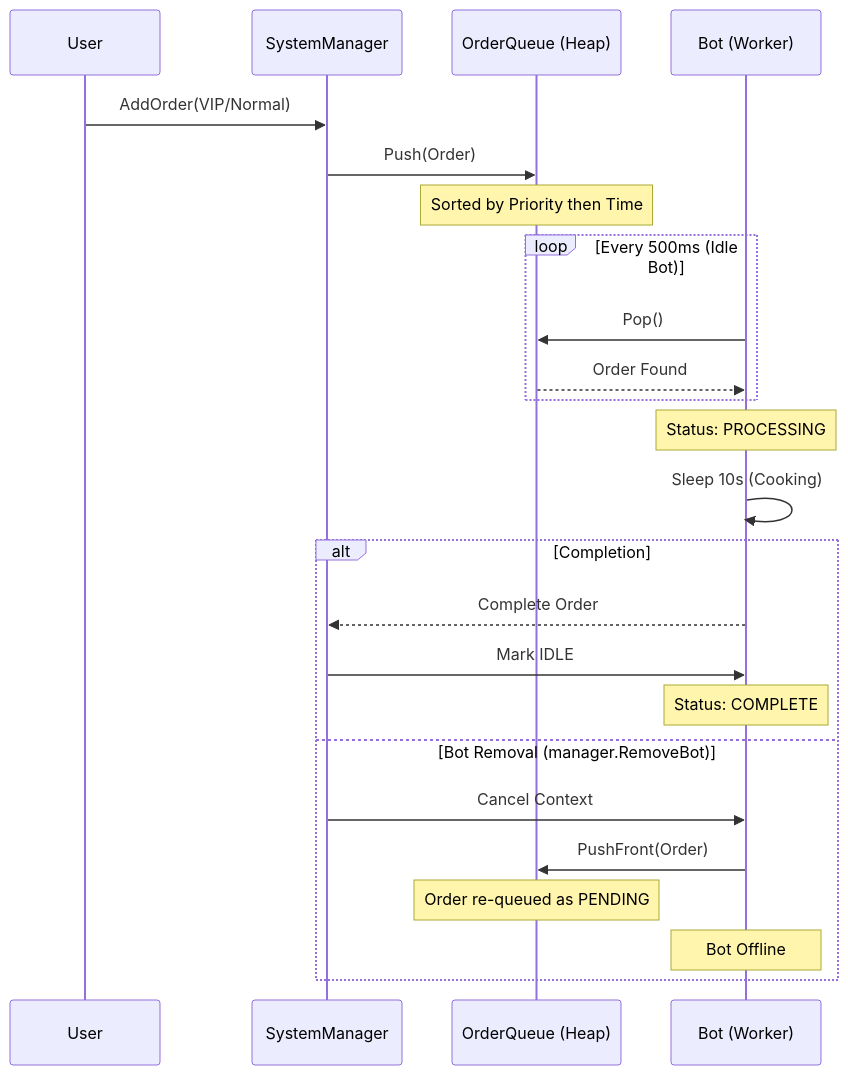
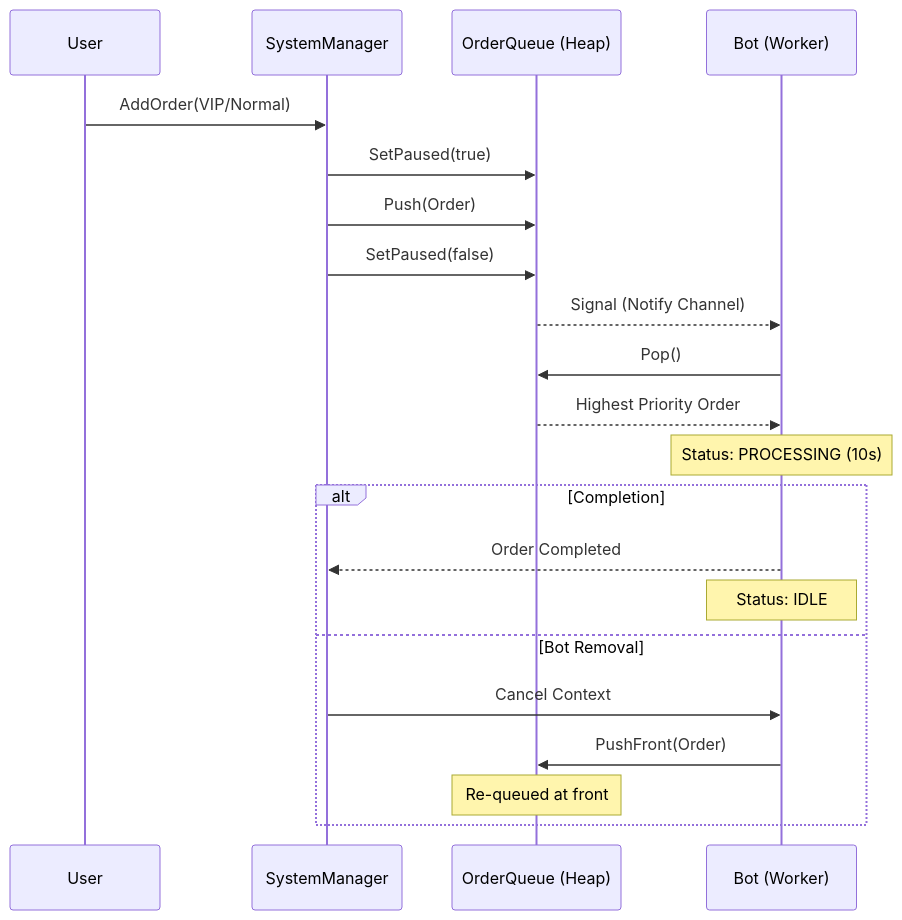
One commit to PohLee/se-take-home-assignment changed the diagram in documentation.md. Above: the diagram before and after it, drawn with Mermaid. The commit also changed other lines of this file, not shown here.

````diff
--- a/documentation.md
+++ b/documentation.md
@@ -44,30 +56,27 @@
 ```mermaid
 sequenceDiagram
     participant User
     participant SM as SystemManager
     participant Q as OrderQueue (Heap)
     participant B as Bot (Worker)
 
     User->>SM: AddOrder(VIP/Normal)
+    SM->>Q: SetPaused(true)
     SM->>Q: Push(Order)
-    Note over Q: Sorted by Priority then Time
+    SM->>Q: SetPaused(false)
+    Q-->>B: Signal (Notify Channel)
     
-    loop Every 500ms (Idle Bot)
-        B->>Q: Pop()
-        Q-->>B: Order Found
-    end
-
-    Note over B: Status: PROCESSING
-    B->>B: Sleep 10s (Cooking)
+    B->>Q: Pop()
+    Q-->>B: Highest Priority Order
+    
+    Note over B: Status: PROCESSING (10s)
     
     alt Completion
-        B-->>SM: Complete Order
-        SM->>B: Mark IDLE
-        Note over B: Status: COMPLETE
-    else Bot Removal (manager.RemoveBot)
+        B-->>SM: Order Completed
+        Note over B: Status: IDLE
+    else Bot Removal
         SM->>B: Cancel Context
         B->>Q: PushFront(Order)
-        Note over Q: Order re-queued as PENDING
-        Note over B: Bot Offline
+        Note over Q: Re-queued at front
     end
 ```
````
